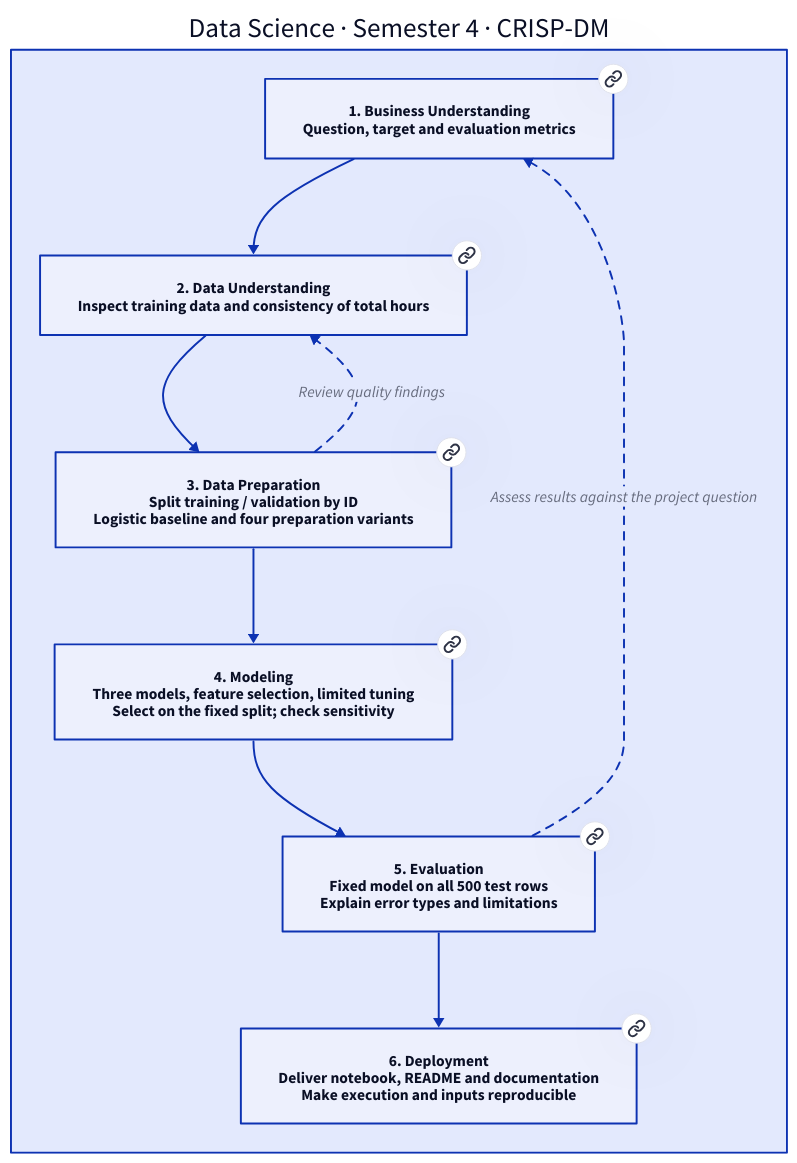
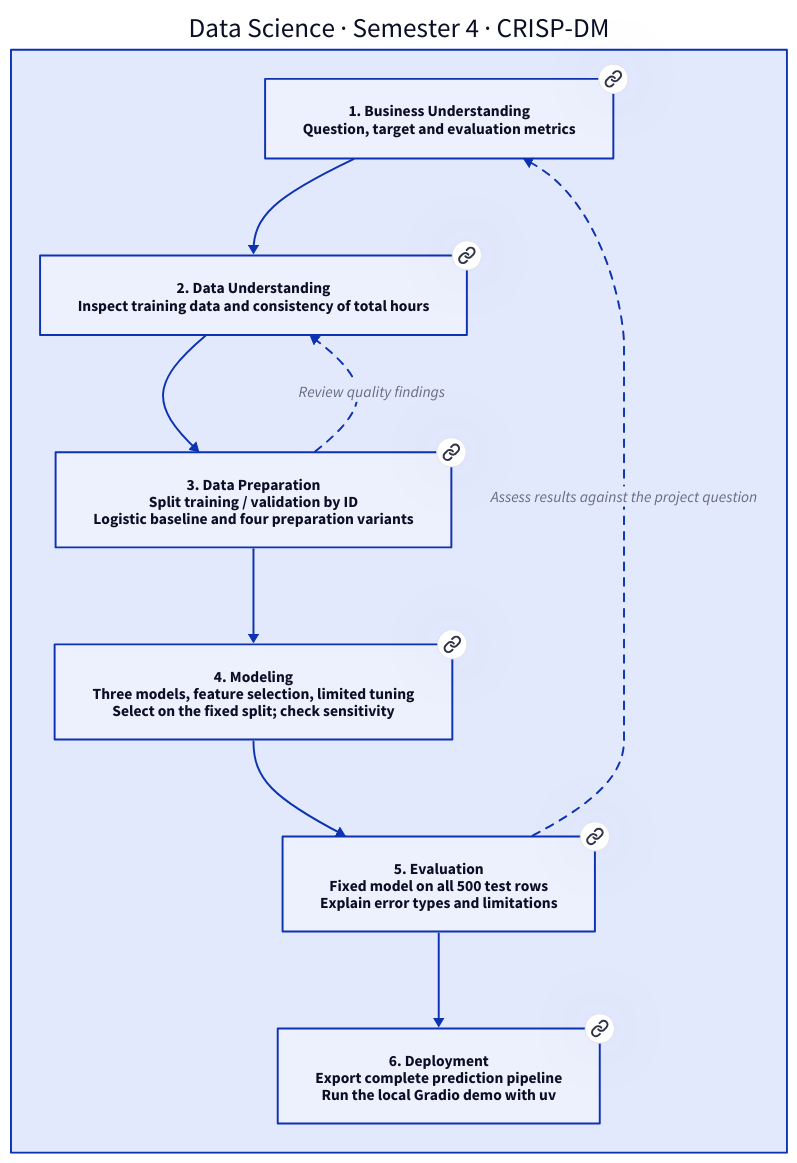
The diagram in docs/process.d2 (crnly/data-science-module-s4), drawn with D2 before and after one commit. The commit also changed 11 other files, not shown here.

Commit message:
Add Gradio prediction demo and reproducible uv environment

```diff
--- a/docs/process.d2
+++ b/docs/process.d2
@@ -1,26 +1,26 @@
 vars: {d2-config: {layout-engine: dagre; theme-id: 0}}
 direction: down
 process: "Data Science · Semester 4 · CRISP-DM" {
   direction: down
   p1: "1. Business Understanding\nQuestion, target and evaluation metrics" {
     link: "../data_science.ipynb#phase-1"
   }
   p2: "2. Data Understanding\nInspect training data and consistency of total hours" {
     link: "../data_science.ipynb#phase-2"
   }
   p3: "3. Data Preparation\nSplit training / validation by ID\nLogistic baseline and four preparation variants" {
     link: "../data_science.ipynb#phase-3"
   }
   p4: "4. Modeling\nThree models, feature selection, limited tuning\nSelect on the fixed split; check sensitivity" {
     link: "../data_science.ipynb#phase-4"
   }
   p5: "5. Evaluation\nFixed model on all 500 test rows\nExplain error types and limitations" {
     link: "../data_science.ipynb#phase-5"
   }
-  p6: "6. Deployment\nDeliver notebook, README and documentation\nMake execution and inputs reproducible" {
+  p6: "6. Deployment\nExport complete prediction pipeline\nRun the local Gradio demo with uv" {
     link: "../data_science.ipynb#phase-6"
   }
   p1 -> p2 -> p3 -> p4 -> p5 -> p6
   p3 -> p2: "Review quality findings" {style.stroke-dash: 4}
   p5 -> p1: "Assess results against the project question" {style.stroke-dash: 4}
 }
```
